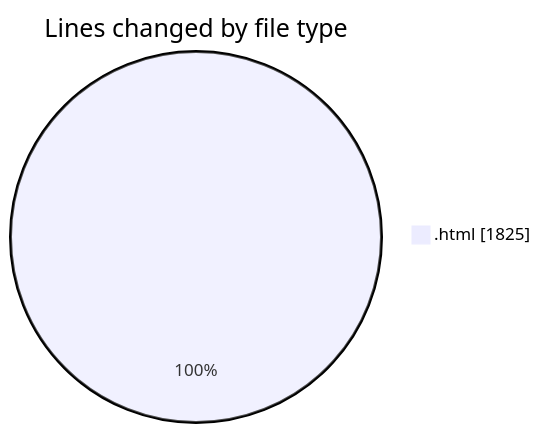
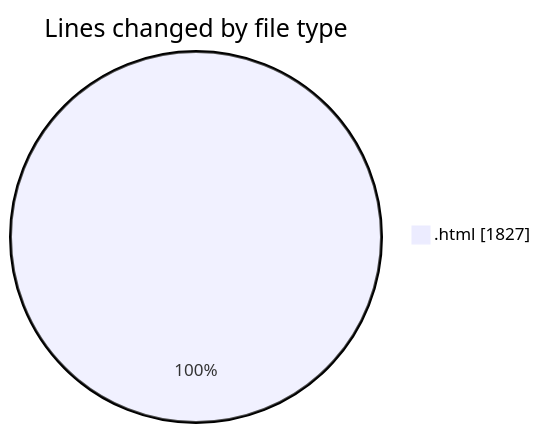
One commit to Ritupan-Deka/code-tracking changed the first of 2 diagrams in 2025-06-17/projects/README.md. Above: the diagram before and after it, drawn with Mermaid. The commit also changed other lines of this file and 1 other file, not shown here.

````diff
--- a/2025-06-17/projects/README.md
+++ b/2025-06-17/projects/README.md
@@ -21,5 +21,5 @@
 ```mermaid
 pie showData
 title Lines changed by file type
-".html" : 1825
+".html" : 1827
 ```
````
